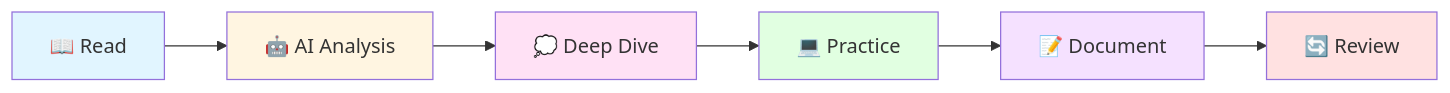
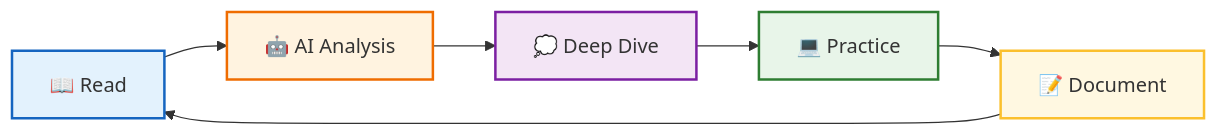
Before and after one commit to dev-book-lab/.github: the diagram in profile/README.md, drawn with Mermaid. The commit also changed other lines of this file, not shown here.

````diff
--- a/profile/README.md
+++ b/profile/README.md
@@ -52,14 +29,14 @@
 ```mermaid
 graph LR
     A[📖 Read] --> B[🤖 AI Analysis]
     B --> C[💭 Deep Dive]
     C --> D[💻 Practice]
     D --> E[📝 Document]
-    E --> F[🔄 Review]
-    style A fill:#e1f5ff
-    style B fill:#fff5e1
-    style C fill:#ffe1f5
-    style D fill:#e1ffe1
-    style E fill:#f5e1ff
-    style F fill:#ffe1e1
+    E --> A
+    
+    style A fill:#e3f2fd,stroke:#1565c0,stroke-width:2px
+    style B fill:#fff3e0,stroke:#ef6c00,stroke-width:2px
+    style C fill:#f3e5f5,stroke:#7b1fa2,stroke-width:2px
+    style D fill:#e8f5e9,stroke:#2e7d32,stroke-width:2px
+    style E fill:#fff8e1,stroke:#fbc02d,stroke-width:2px
 ```
````
